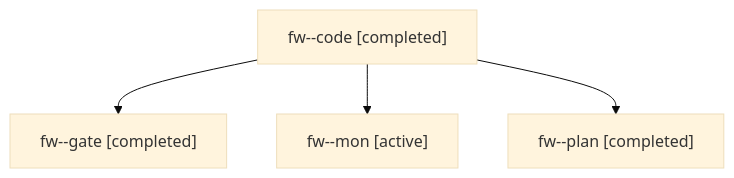
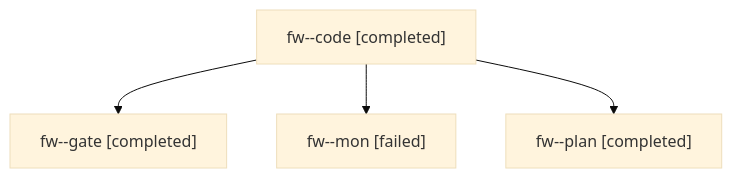
Before and after one commit to sase-org/sase--agents: the diagram in sessions/bbugyi200.apollo.fw.md, drawn with Mermaid (base theme). The commit also changed other lines of this file and 5 other files, not shown here.

````diff
--- a/sessions/bbugyi200.apollo.fw.md
+++ b/sessions/bbugyi200.apollo.fw.md
@@ -9,10 +9,10 @@
 ```mermaid
 flowchart TD
   n0["fw--code [completed]"]
   n1["fw--gate [completed]"]
   n0 --> n1
-  n2["fw--mon [active]"]
+  n2["fw--mon [failed]"]
   n0 --> n2
   n3["fw--plan [completed]"]
   n0 --> n3
 ```
````
